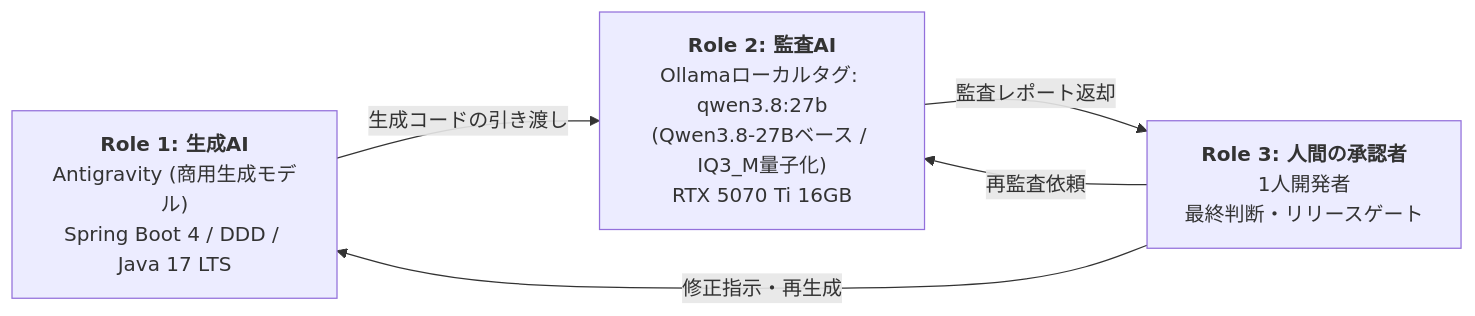
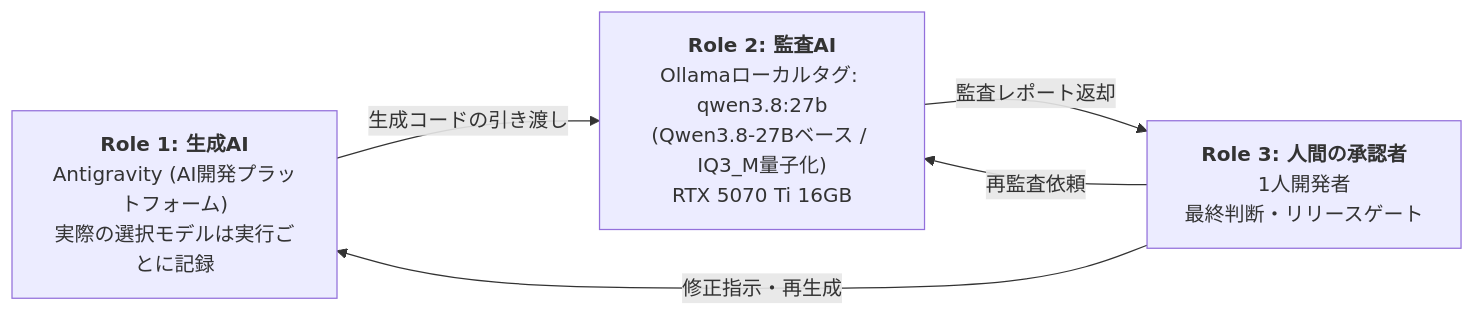
One commit to KBG183/kintai-management changed the first of 3 diagrams in docs/portfolio_audit_evidence.md. Above: the diagram before and after it, drawn with Mermaid. The commit also changed other lines of this file and 2 other files, not shown here.

````diff
--- a/docs/portfolio_audit_evidence.md
+++ b/docs/portfolio_audit_evidence.md
@@ -50,10 +55,10 @@
 ```mermaid
 flowchart LR
-    A["<b>Role 1: 生成AI</b><br>Antigravity (商用生成モデル)<br>Spring Boot 4 / DDD / Java 17 LTS"]
+    A["<b>Role 1: 生成AI</b><br>Antigravity (AI開発プラットフォーム)<br>実際の選択モデルは実行ごとに記録"]
     B["<b>Role 2: 監査AI</b><br>Ollamaローカルタグ: qwen3.8:27b<br>(Qwen3.8-27Bベース / IQ3_M量子化)<br>RTX 5070 Ti 16GB"]
     C["<b>Role 3: 人間の承認者</b><br>1人開発者<br>最終判断・リリースゲート"]
     A -->|"生成コードの引き渡し"| B
     B -->|"監査レポート返却"| C
     C -->|"修正指示・再生成"| A
     C -->|"再監査依頼"| B
 ```
````
